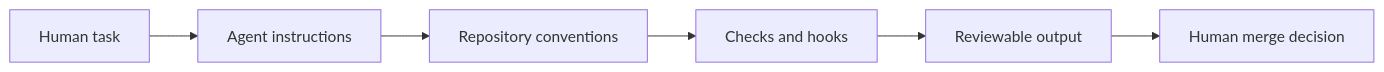
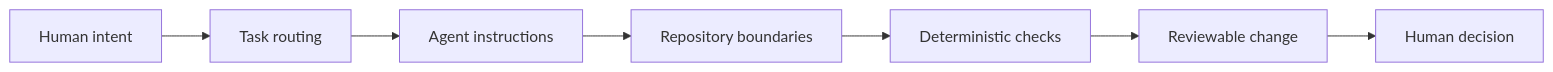
The diagram in README.md (Praneeth-Suresh/Beryl), drawn with Mermaid before and after one commit. The commit also changed other lines of this file and 1 other file, not shown here.

Commit message:
Rebrand repository as Beryl

````diff
--- a/README.md
+++ b/README.md
@@ -40,8 +41,9 @@
 ```mermaid
 flowchart LR
-    A[Human task] --> B[Agent instructions]
-    B --> C[Repository conventions]
-    C --> D[Checks and hooks]
-    D --> E[Reviewable output]
-    E --> F[Human merge decision]
+    A[Human intent] --> B[Task routing]
+    B --> C[Agent instructions]
+    C --> D[Repository boundaries]
+    D --> E[Deterministic checks]
+    E --> F[Reviewable change]
+    F --> G[Human decision]
 ```
````
